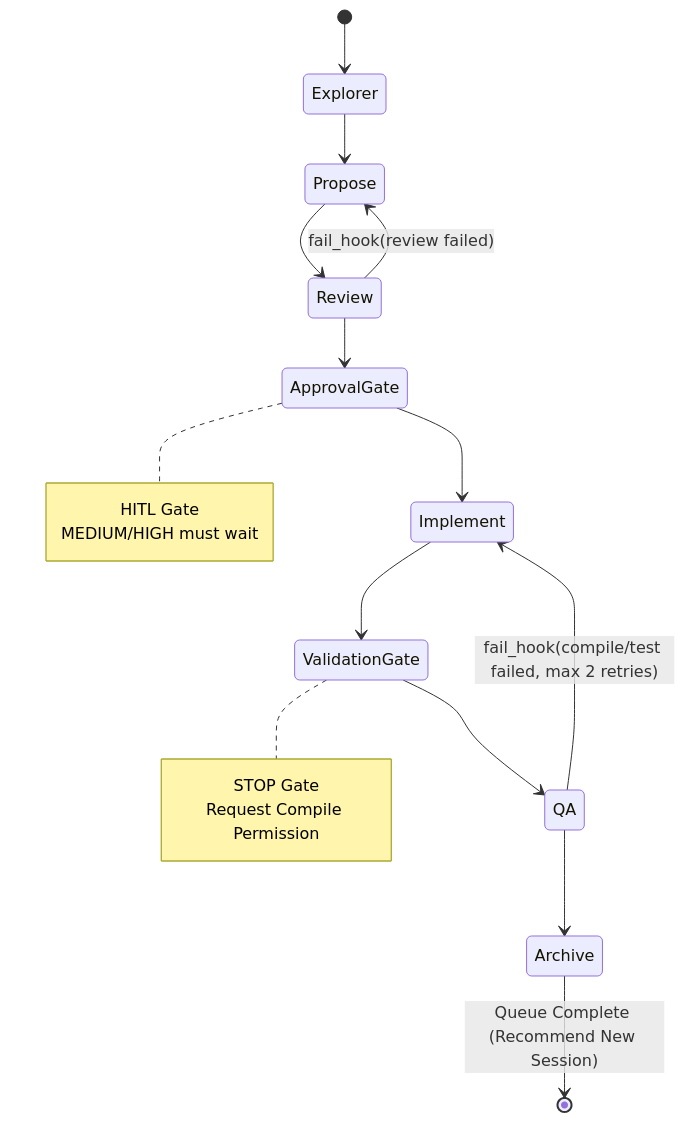
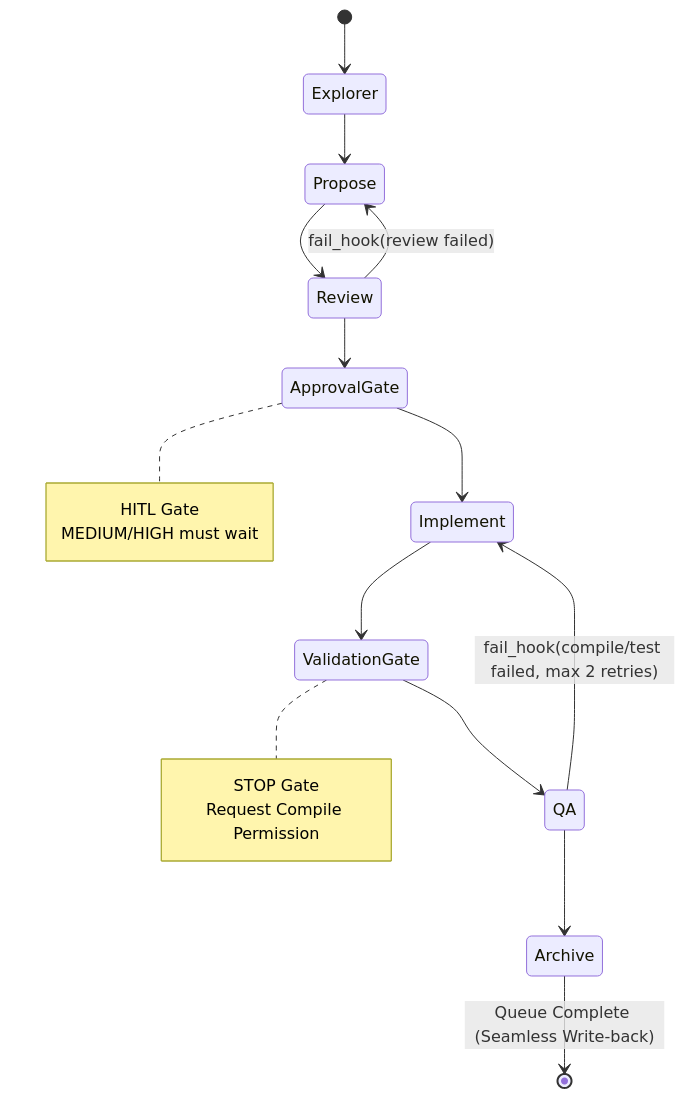
The eighth of 10 diagrams in ENGINEERING_MANUAL.md (listener-He/java-harness-agent), drawn with Mermaid before and after one commit. The commit also changed other lines of this file and 4 other files, not shown here.

````diff
--- a/ENGINEERING_MANUAL.md
+++ b/ENGINEERING_MANUAL.md
@@ -733,25 +735,25 @@
 ```mermaid
 stateDiagram-v2
   [*] --> Explorer
   Explorer --> Propose
   Propose --> Review
   Review --> ApprovalGate
   ApprovalGate --> Implement
   Implement --> ValidationGate
   ValidationGate --> QA
   QA --> Archive
-  Archive --> [*] : Queue Complete (Recommend New Session)
+  Archive --> [*] : Queue Complete (Seamless Write-back)
 
   Review --> Propose: fail_hook(review failed)
   QA --> Implement: fail_hook(compile/test failed, max 2 retries)
 
   note right of ApprovalGate
     HITL Gate
     MEDIUM/HIGH must wait
   end note
 
   note right of ValidationGate
     STOP Gate
     Request Compile Permission
   end note
 ```
````
